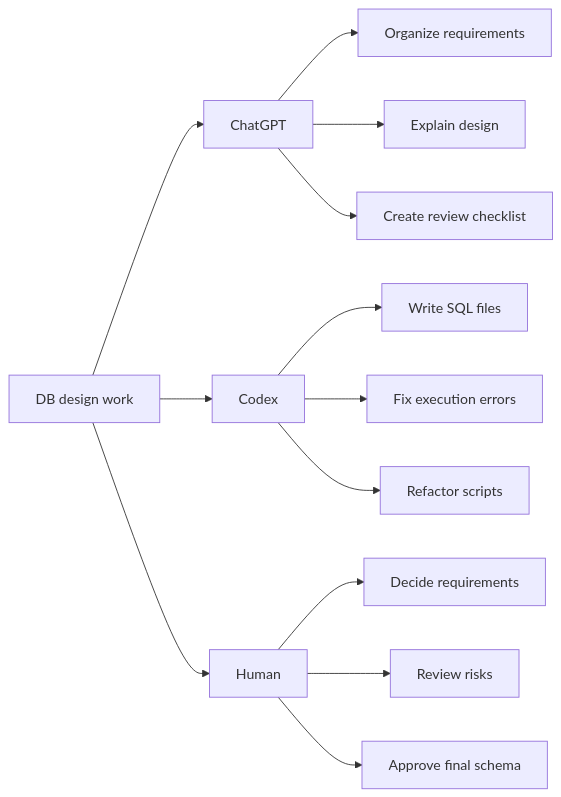
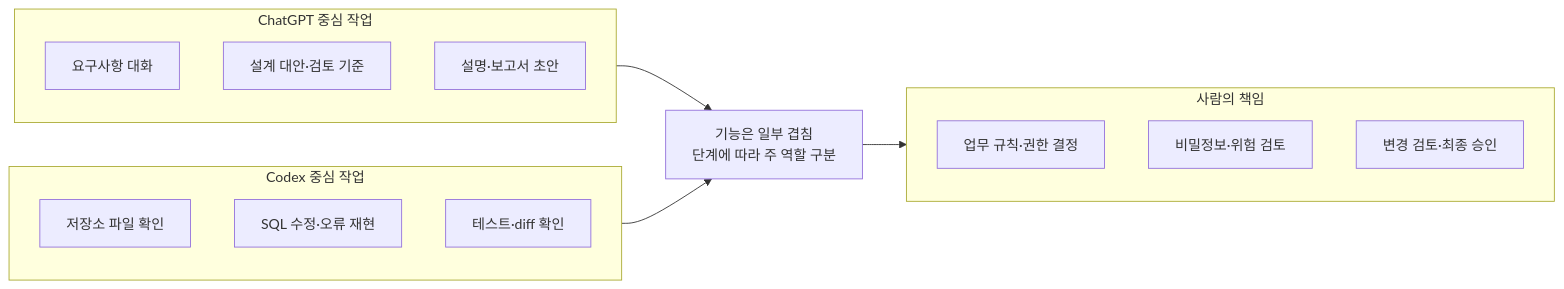
The diagram in images/chapter13/ch13_02_chatgpt_codex_roles.mmd (GilbertMoon/ai-database-book), drawn with Mermaid before and after one commit.

Commit message:
Revise Chapter 13 collaboration Mermaid

```diff
--- a/images/chapter13/ch13_02_chatgpt_codex_roles.mmd
+++ b/images/chapter13/ch13_02_chatgpt_codex_roles.mmd
@@ -1,16 +1,19 @@
 flowchart LR
-    A[DB design work] --> B[ChatGPT]
-    A --> C[Codex]
-    A --> D[Human]
-
-    B --> B1[Organize requirements]
-    B --> B2[Explain design]
-    B --> B3[Create review checklist]
-
-    C --> C1[Write SQL files]
-    C --> C2[Fix execution errors]
-    C --> C3[Refactor scripts]
-
-    D --> D1[Decide requirements]
-    D --> D2[Review risks]
-    D --> D3[Approve final schema]
+    subgraph A[ChatGPT 중심 작업]
+        A1[요구사항 대화]
+        A2[설계 대안·검토 기준]
+        A3[설명·보고서 초안]
+    end
+    subgraph B[Codex 중심 작업]
+        B1[저장소 파일 확인]
+        B2[SQL 수정·오류 재현]
+        B3[테스트·diff 확인]
+    end
+    subgraph C[사람의 책임]
+        C1[업무 규칙·권한 결정]
+        C2[비밀정보·위험 검토]
+        C3[변경 검토·최종 승인]
+    end
+    A --> D[기능은 일부 겹침<br/>단계에 따라 주 역할 구분]
+    B --> D
+    D --> C
```
